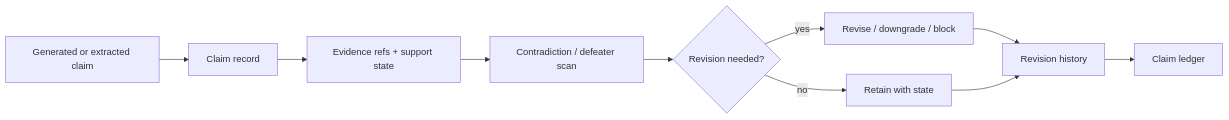
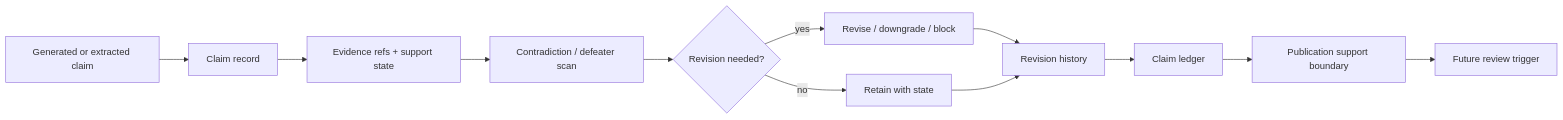
Before and after one commit to corbensorenson/asi-stack-book: the diagram in chapters/claim-ledgers-and-belief-revision.qmd, drawn with Mermaid. The commit also changed 20 other files, not shown here.

Commit message:
Raise diagram substance floor

````diff
--- a/chapters/claim-ledgers-and-belief-revision.qmd
+++ b/chapters/claim-ledgers-and-belief-revision.qmd
@@ -105,12 +105,14 @@
 ```{mermaid}
 flowchart LR
   A["Generated or extracted claim"] --> B["Claim record"]
   B --> C["Evidence refs + support state"]
   C --> D["Contradiction / defeater scan"]
   D --> E{"Revision needed?"}
   E -- "no" --> F["Retain with state"]
   E -- "yes" --> G["Revise / downgrade / block"]
   G --> H["Revision history"]
   F --> H
   H --> I["Claim ledger"]
+  I --> J["Publication support boundary"]
+  J --> K["Future review trigger"]
 ```
````
